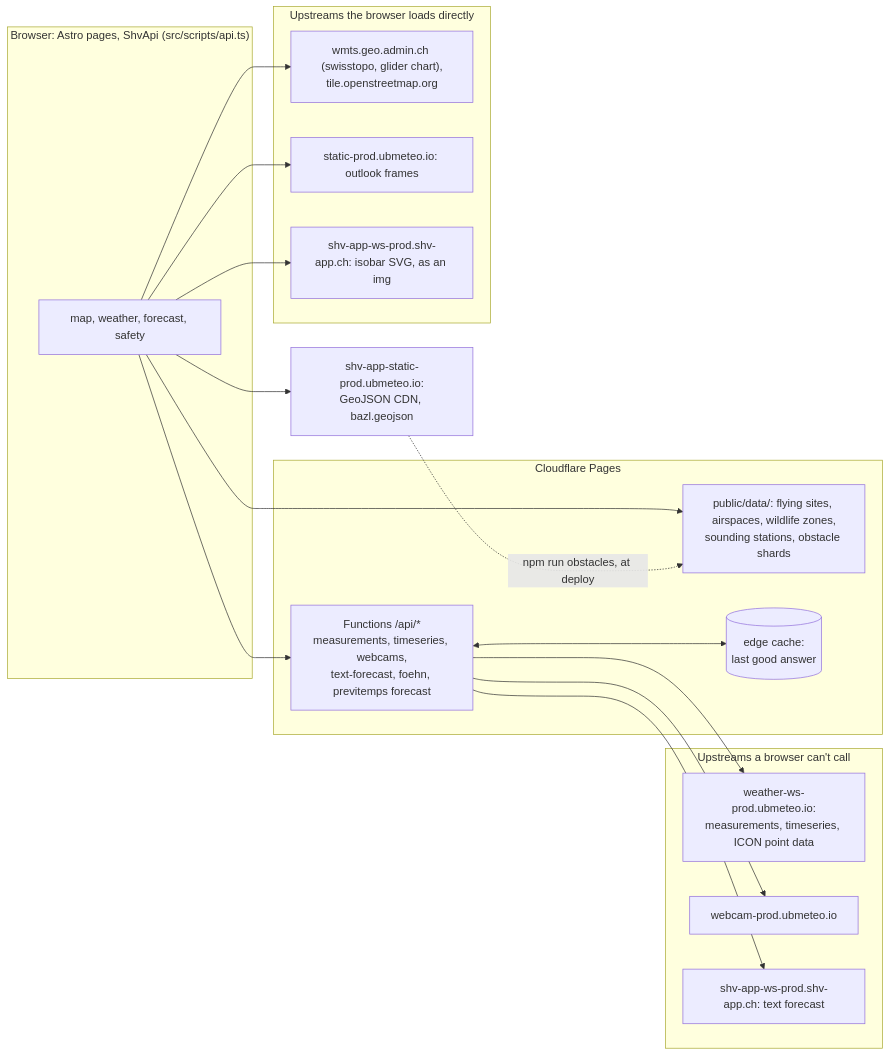
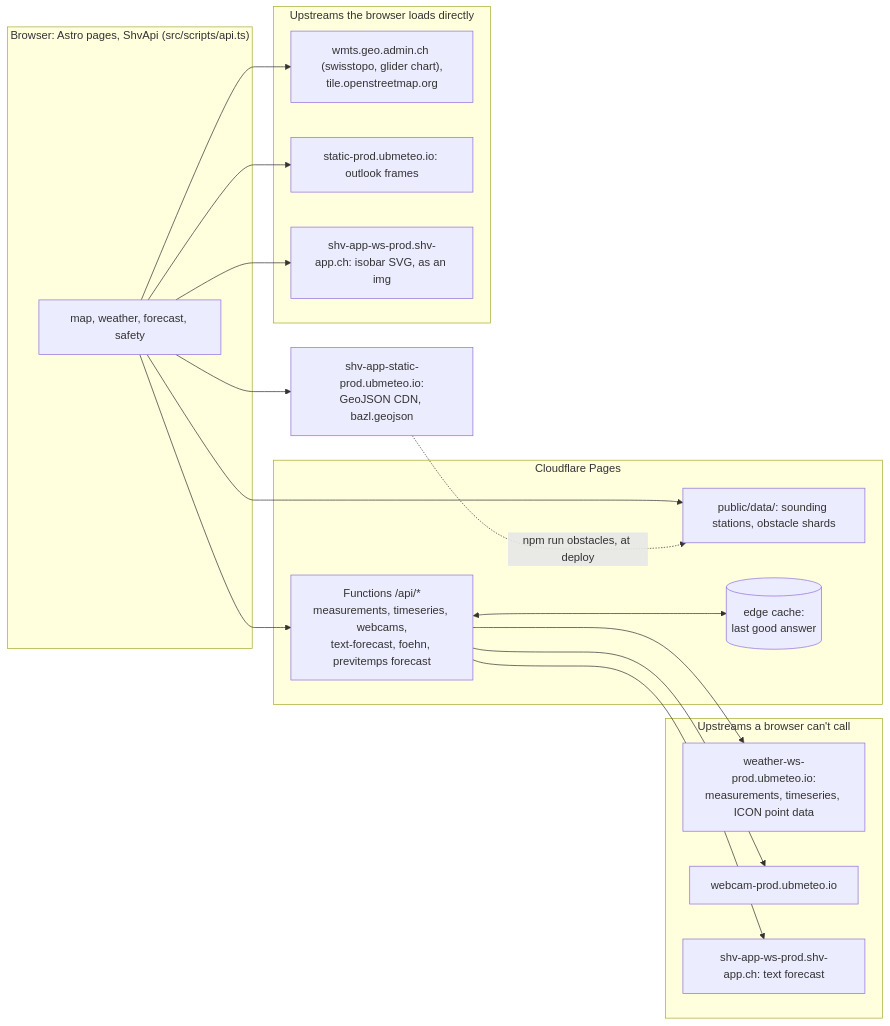
One commit to simonsteiner/shv-meteo-web changed the diagram in docs/architecture.md. Above: the diagram before and after it, drawn with Mermaid. The commit also changed 5 other files, not shown here.

````diff
--- a/docs/architecture.md
+++ b/docs/architecture.md
@@ -5,30 +5,30 @@
 ```mermaid
 flowchart LR
   subgraph browser["Browser: Astro pages, ShvApi (src/scripts/api.ts)"]
     pages["map, weather, forecast, safety"]
   end
   subgraph pagesdev["Cloudflare Pages"]
-    static["public/data/: flying sites, airspaces, wildlife zones,<br/>sounding stations, obstacle shards"]
+    static["public/data/: sounding stations, obstacle shards"]
     fn["Functions /api/*<br/>measurements, timeseries, webcams,<br/>text-forecast, foehn, previtemps forecast"]
     cache[("edge cache:<br/>last good answer")]
   end
   subgraph direct["Upstreams the browser loads directly"]
     tiles["wmts.geo.admin.ch (swisstopo, glider chart),<br/>tile.openstreetmap.org"]
     outlooks["static-prod.ubmeteo.io: outlook frames"]
     isobars["shv-app-ws-prod.shv-app.ch: isobar SVG, as an img"]
   end
   subgraph proxied["Upstreams a browser can't call"]
     weather["weather-ws-prod.ubmeteo.io:<br/>measurements, timeseries, ICON point data"]
     webcams["webcam-prod.ubmeteo.io"]
     text["shv-app-ws-prod.shv-app.ch: text forecast"]
   end
   cdn["shv-app-static-prod.ubmeteo.io:<br/>GeoJSON CDN, bazl.geojson"]
 
   pages --> static
   pages --> fn
   pages --> tiles & outlooks & isobars
   pages --> cdn
   fn --> weather & webcams & text
   fn <--> cache
   cdn -. "npm run obstacles, at deploy" .-> static
 ```
````
